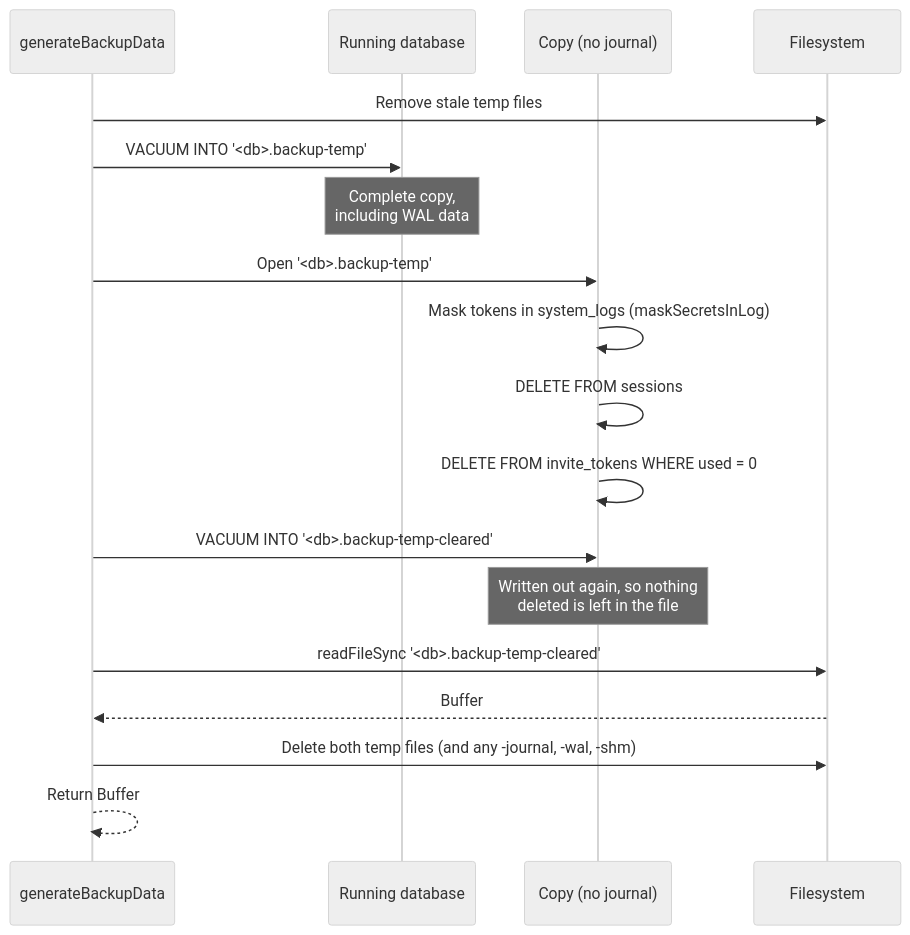
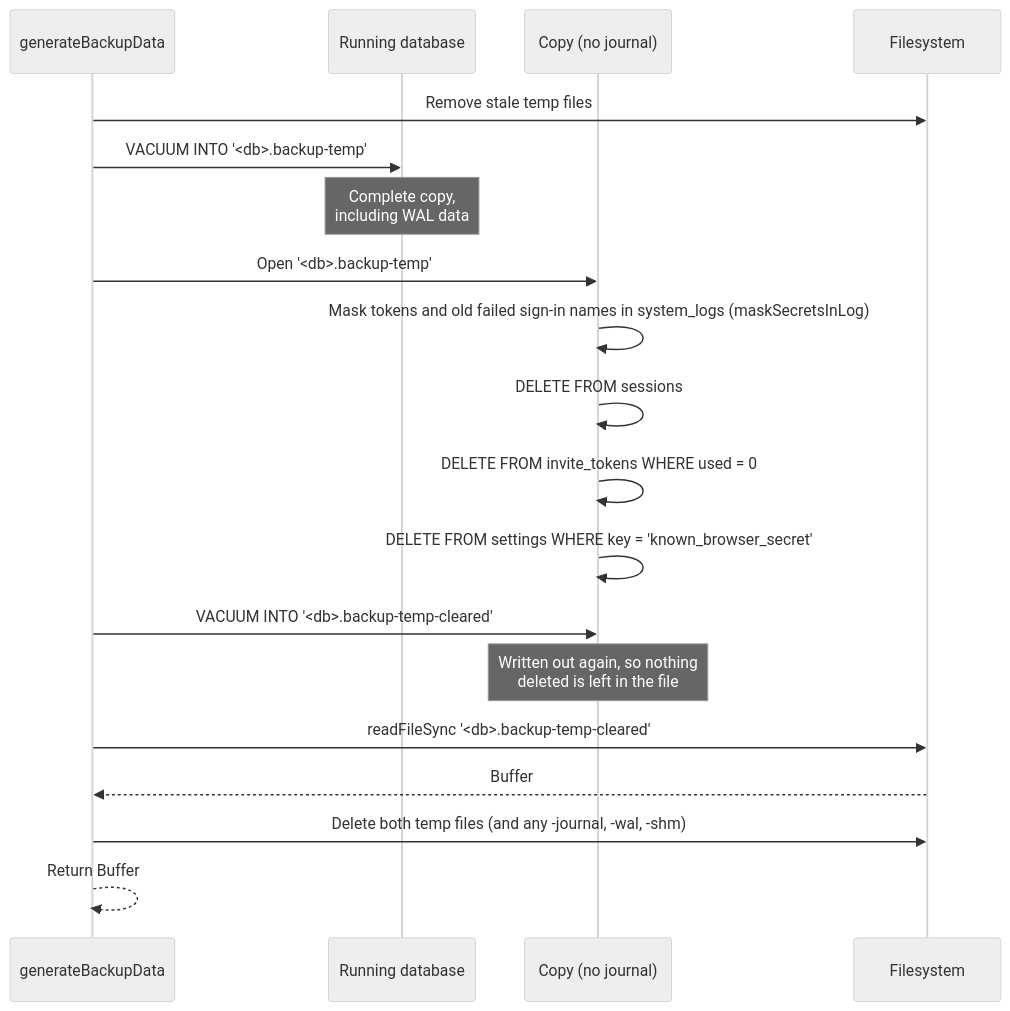
The second of 7 diagrams in docs/backup-reporting.md (gitBoon/DumpFire), drawn with Mermaid (neutral theme) before and after one commit. The commit also changed other lines of this file and 39 other files, not shown here.

````diff
--- a/docs/backup-reporting.md
+++ b/docs/backup-reporting.md
@@ -109,21 +109,22 @@
 ```mermaid
 sequenceDiagram
     participant Backup as generateBackupData
     participant Live as Running database
     participant Copy as Copy (no journal)
     participant FS as Filesystem
 
     Backup->>FS: Remove stale temp files
     Backup->>Live: VACUUM INTO '<db>.backup-temp'
     Note over Live: Complete copy,<br/>including WAL data
     Backup->>Copy: Open '<db>.backup-temp'
-    Copy->>Copy: Mask tokens in system_logs (maskSecretsInLog)
+    Copy->>Copy: Mask tokens and old failed sign-in names in system_logs (maskSecretsInLog)
     Copy->>Copy: DELETE FROM sessions
     Copy->>Copy: DELETE FROM invite_tokens WHERE used = 0
+    Copy->>Copy: DELETE FROM settings WHERE key = 'known_browser_secret'
     Backup->>Copy: VACUUM INTO '<db>.backup-temp-cleared'
     Note over Copy: Written out again, so nothing<br/>deleted is left in the file
     Backup->>FS: readFileSync '<db>.backup-temp-cleared'
     FS-->>Backup: Buffer
     Backup->>FS: Delete both temp files (and any -journal, -wal, -shm)
     Backup-->>Backup: Return Buffer
 ```
````
